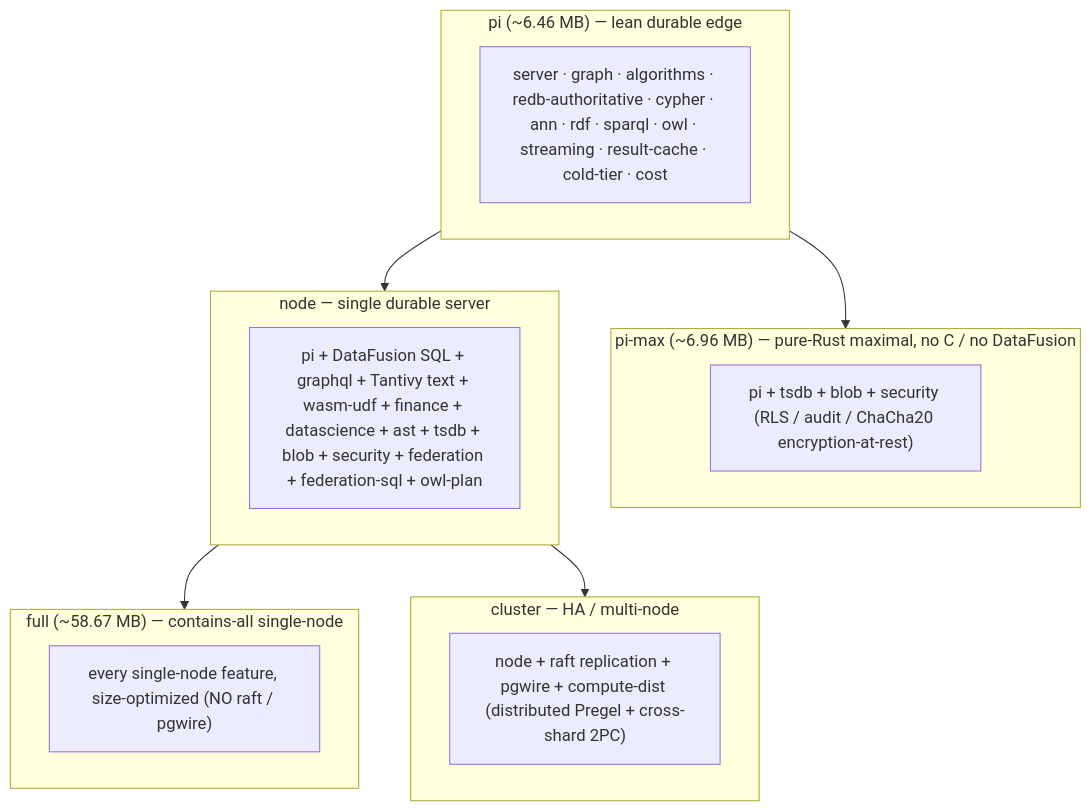
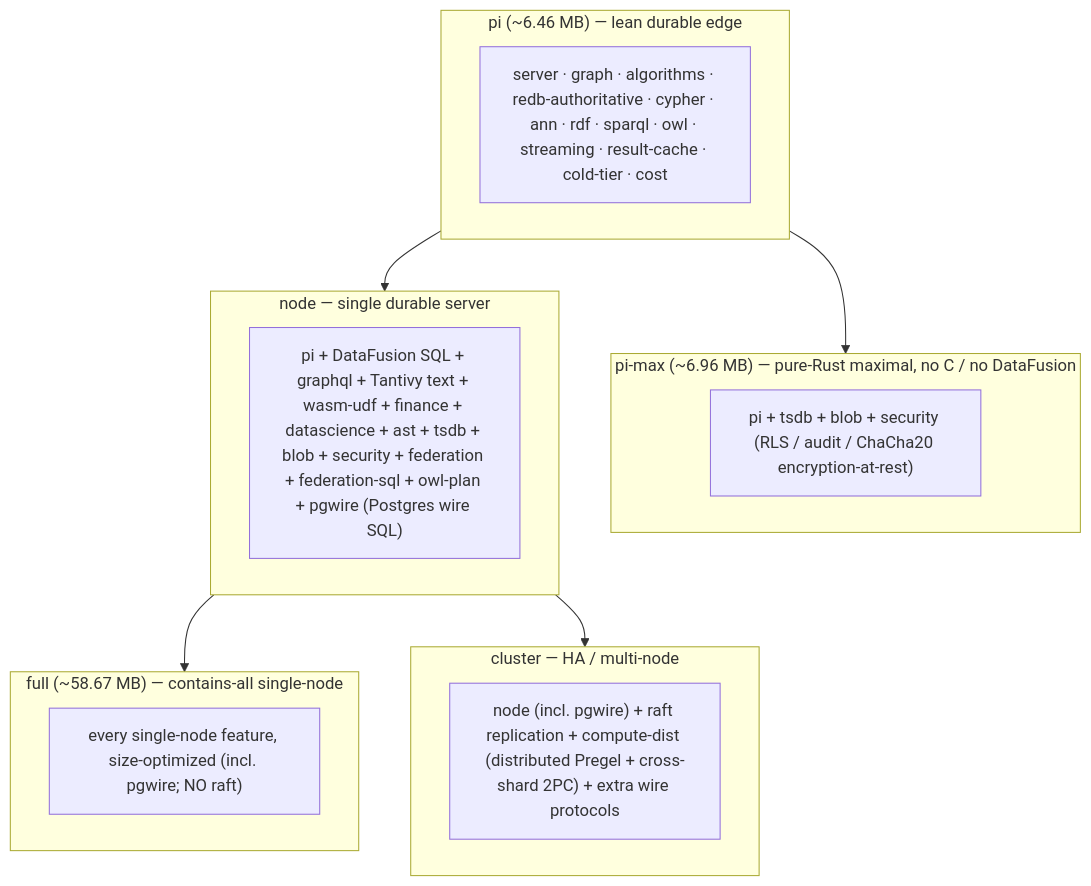
Before and after one commit to Knuckles-Team/epistemic-graph: the diagram in docs/architecture/tiers.md, drawn with Mermaid. The commit also changed other lines of this file and 10 other files, not shown here.

First line of the commit message:
build(docker): install prebuilt node wheel via uv; fold pgwire into node/full tier (EG-352)

````diff
--- a/docs/architecture/tiers.md
+++ b/docs/architecture/tiers.md
@@ -21,23 +24,23 @@
 ```mermaid
 flowchart TB
     subgraph pi["pi (~6.46 MB) — lean durable edge"]
         PIF["server · graph · algorithms · redb-authoritative · cypher · ann · rdf · sparql · owl · streaming · result-cache · cold-tier · cost"]
     end
     subgraph pimax["pi-max (~6.96 MB) — pure-Rust maximal, no C / no DataFusion"]
         PMF["pi + tsdb + blob + security (RLS / audit / ChaCha20 encryption-at-rest)"]
     end
     subgraph node["node — single durable server"]
-        NF["pi + DataFusion SQL + graphql + Tantivy text + wasm-udf + finance + datascience + ast + tsdb + blob + security + federation + federation-sql + owl-plan"]
+        NF["pi + DataFusion SQL + graphql + Tantivy text + wasm-udf + finance + datascience + ast + tsdb + blob + security + federation + federation-sql + owl-plan + pgwire (Postgres wire SQL)"]
     end
     subgraph full["full (~58.67 MB) — contains-all single-node"]
-        FF["every single-node feature, size-optimized (NO raft / pgwire)"]
+        FF["every single-node feature, size-optimized (incl. pgwire; NO raft)"]
     end
     subgraph cluster["cluster — HA / multi-node"]
-        CF["node + raft replication + pgwire + compute-dist (distributed Pregel + cross-shard 2PC)"]
+        CF["node (incl. pgwire) + raft replication + compute-dist (distributed Pregel + cross-shard 2PC) + extra wire protocols"]
     end
 
     pi --> pimax
     pi --> node
     node --> full
     node --> cluster
 ```
````
